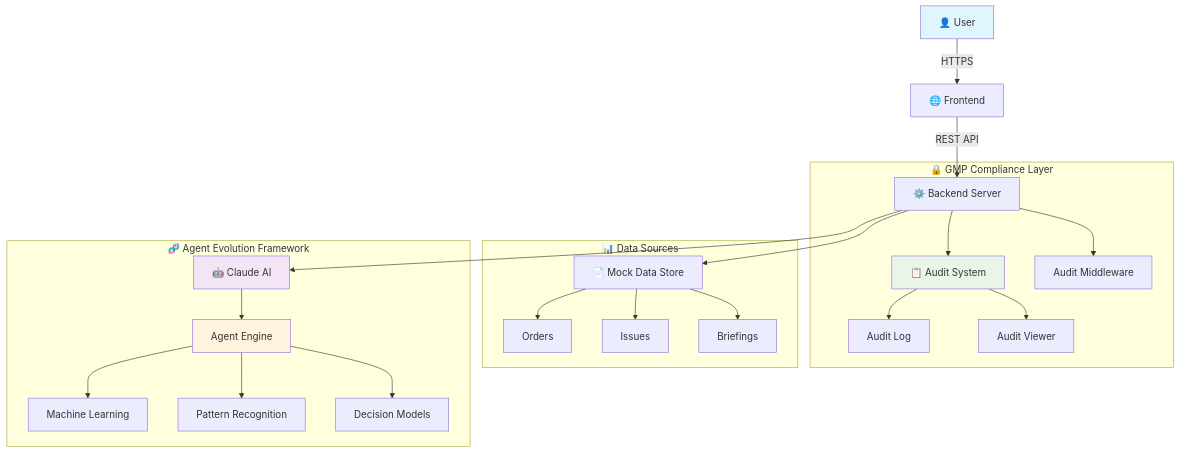
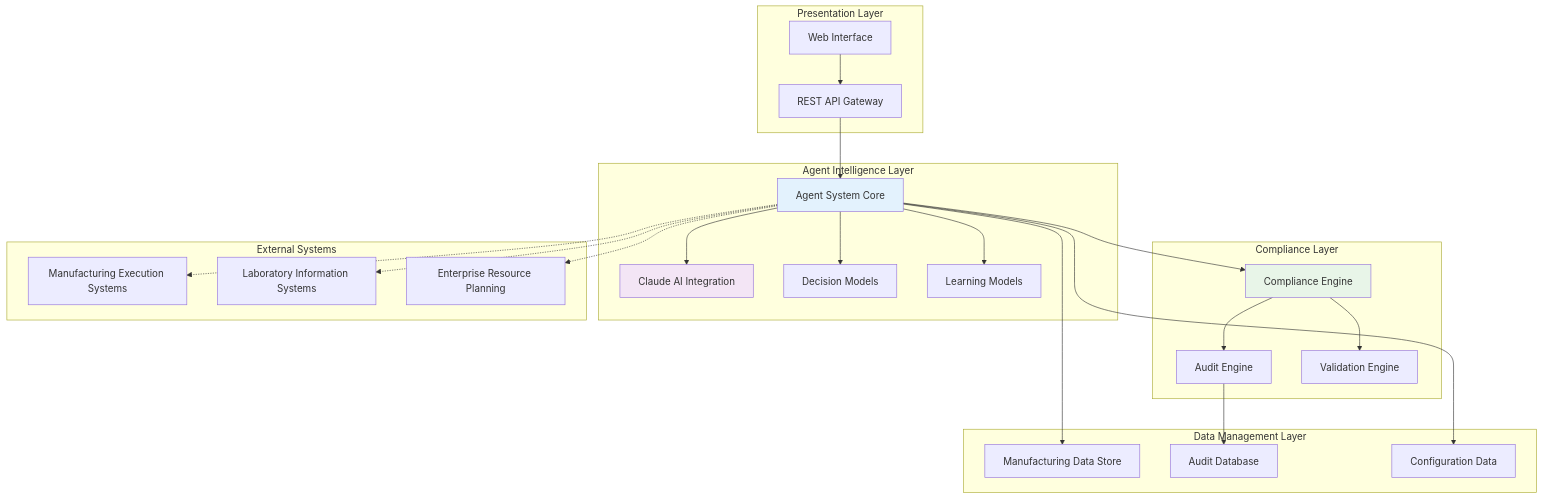
Before and after one commit to schmeckm/Business_aI_Agent_Pharma_MVP_1.0: the fourth of 5 diagrams in README.md, drawn with Mermaid. The commit also changed other lines of this file, not shown here.

````diff
--- a/README.md
+++ b/README.md
@@ -150,33 +256,52 @@
 ```mermaid
-flowchart TD
-    U[👤 User] -->|HTTPS| F[🌐 Frontend]
-    F -->|REST API| B[⚙️ Backend Server]
-    
-    B --> C[🤖 Claude AI]
-    B --> M[📄 Mock Data Store]
-    B --> A[📋 Audit System]
-    
-    subgraph "🔒 GMP Compliance Layer"
-        A --> AL[Audit Log]
-        A --> AV[Audit Viewer]
-        B --> AM[Audit Middleware]
+graph TB
+    subgraph "Presentation Layer"
+        UI[Web Interface]
+        API[REST API Gateway]
     end
     
-    subgraph "📊 Data Sources"
-        M --> O[Orders]
-        M --> I[Issues]
-        M --> BR[Briefings]
+    subgraph "Agent Intelligence Layer"
+        AS[Agent System Core]
+        CA[Claude AI Integration]
+        DM[Decision Models]
+        LM[Learning Models]
     end
     
-    subgraph "🧬 Agent Evolution Framework"
-        C --> AE[Agent Engine]
-        AE --> ML[Machine Learning]
-        AE --> PR[Pattern Recognition]
-        AE --> DM[Decision Models]
+    subgraph "Data Management Layer"
+        MD[Manufacturing Data Store]
+        AD[Audit Database]
+        CD[Configuration Data]
     end
     
-    style U fill:#e1f5fe
-    style C fill:#f3e5f5
-    style A fill:#e8f5e8
-    style AE fill:#fff3e0
+    subgraph "Compliance Layer"
+        CE[Compliance Engine]
+        AE[Audit Engine]
+        VE[Validation Engine]
+    end
+    
+    subgraph "External Systems"
+        MES[Manufacturing Execution Systems]
+        LIMS[Laboratory Information Systems]
+        ERP[Enterprise Resource Planning]
+    end
+    
+    UI --> API
+    API --> AS
+    AS --> CA
+    AS --> DM
+    AS --> LM
+    AS --> MD
+    AS --> CE
+    CE --> AE
+    CE --> VE
+    AE --> AD
+    AS --> CD
+    
+    AS -.-> MES
+    AS -.-> LIMS
+    AS -.-> ERP
+    
+    style AS fill:#e3f2fd
+    style CE fill:#e8f5e8
+    style CA fill:#f3e5f5
 ```
````
